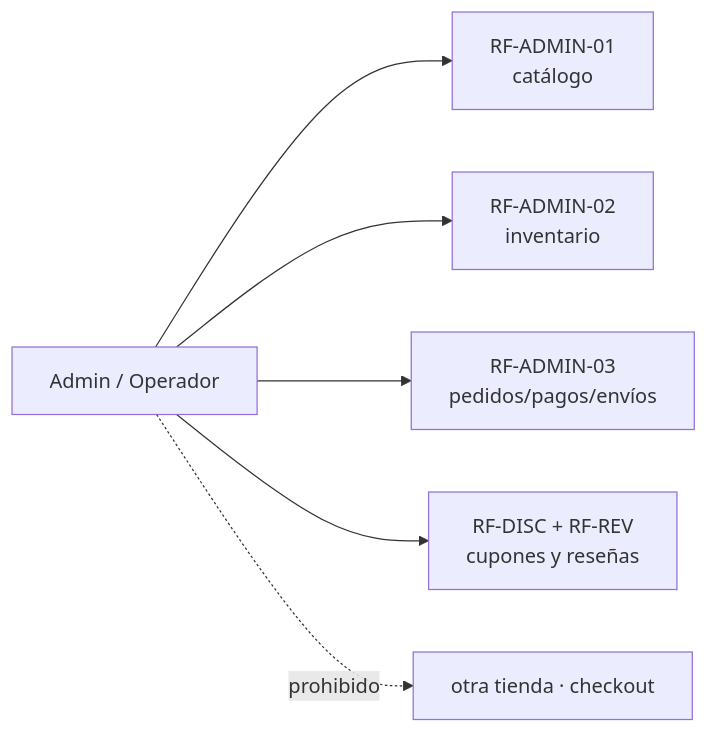
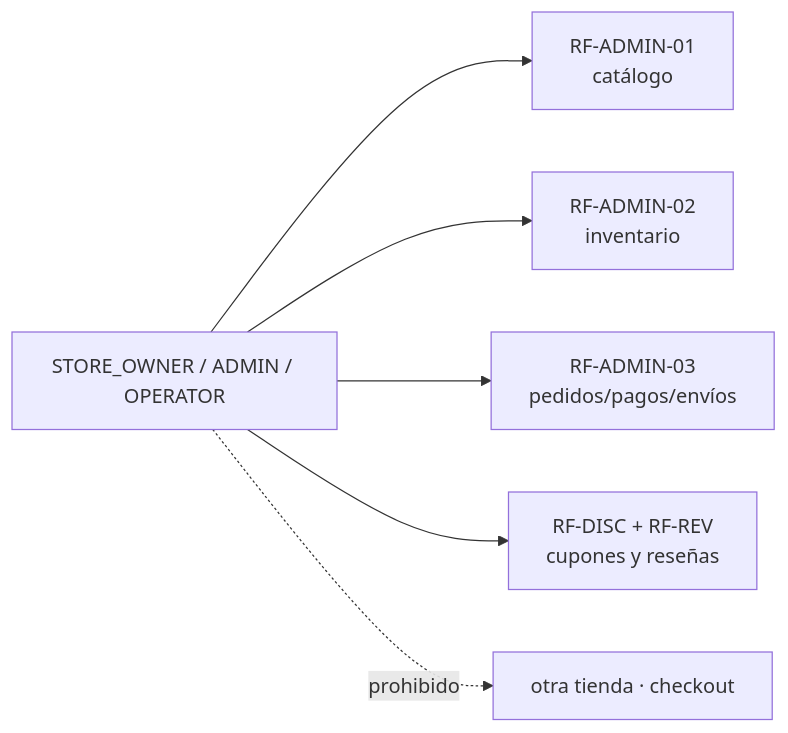
One commit to LeandroPacsiM/shopify-backend changed the second of 3 diagrams in diagramas/02-casos-de-uso.md. Above: the diagram before and after it, drawn with Mermaid. The commit also changed other lines of this file and 21 other files, not shown here.

First line of the commit message:
F0: terminologia canonica ADR-016 en docs y diagramas

````diff
--- a/diagramas/02-casos-de-uso.md
+++ b/diagramas/02-casos-de-uso.md
@@ -16,8 +17,8 @@
 ```mermaid
 flowchart LR
-    ADM["Admin / Operador"] --> A1["RF-ADMIN-01<br/>catálogo"]
+    ADM["STORE_OWNER / ADMIN / OPERATOR"] --> A1["RF-ADMIN-01<br/>catálogo"]
     ADM --> A2["RF-ADMIN-02<br/>inventario"]
     ADM --> A3["RF-ADMIN-03<br/>pedidos/pagos/envíos"]
     ADM --> A4["RF-DISC + RF-REV<br/>cupones y reseñas"]
     ADM -.->|prohibido| Y["otra tienda · checkout"]
 ```
````
